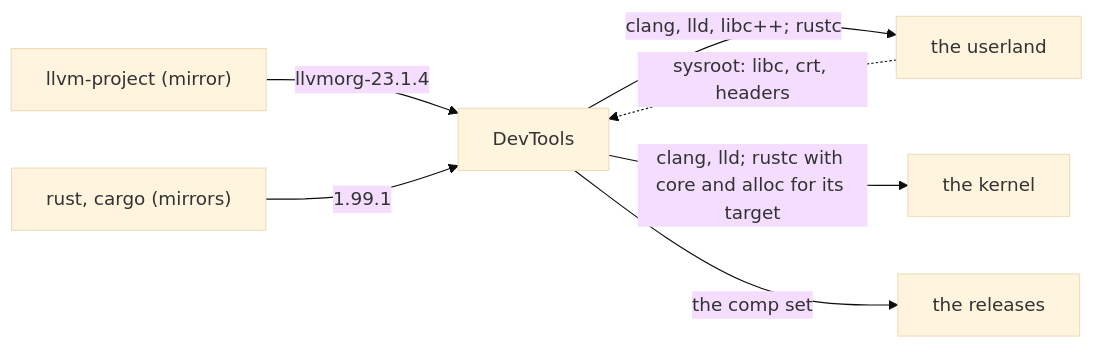
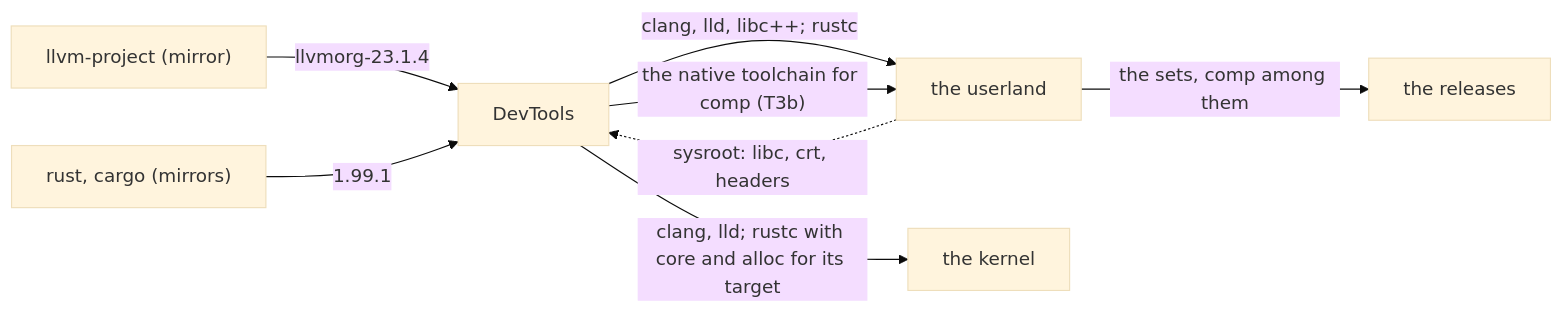
Before and after one commit to EmiBSD/DevTools: the diagram in README.md, drawn with Mermaid (base theme). The commit also changed other lines of this file and 5 other files, not shown here.

First line of the commit message:
docs: the userland assembles comp; a native toolchain as T3b (D-0009)

````diff
--- a/README.md
+++ b/README.md
@@ -53,9 +53,10 @@
 ```mermaid
 flowchart LR
     llvm["llvm-project (mirror)"] -- "llvmorg-23.1.4" --> dev["DevTools"]
     rust["rust, cargo (mirrors)"] -- "1.99.1" --> dev
     dev -- "clang, lld, libc++; rustc" --> ul["the userland"]
     dev -- "clang, lld; rustc with core and alloc for its target" --> k["the kernel"]
-    dev -- "the comp set" --> os["the releases"]
+    dev -- "the native toolchain for comp (T3b)" --> ul
+    ul -- "the sets, comp among them" --> os["the releases"]
     ul -. "sysroot: libc, crt, headers" .-> dev
 ```
````
